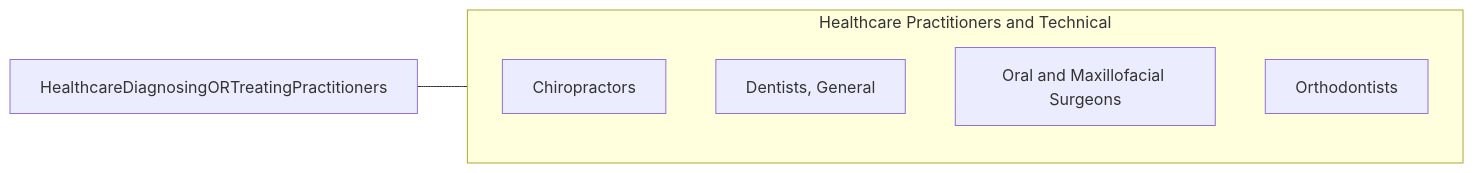
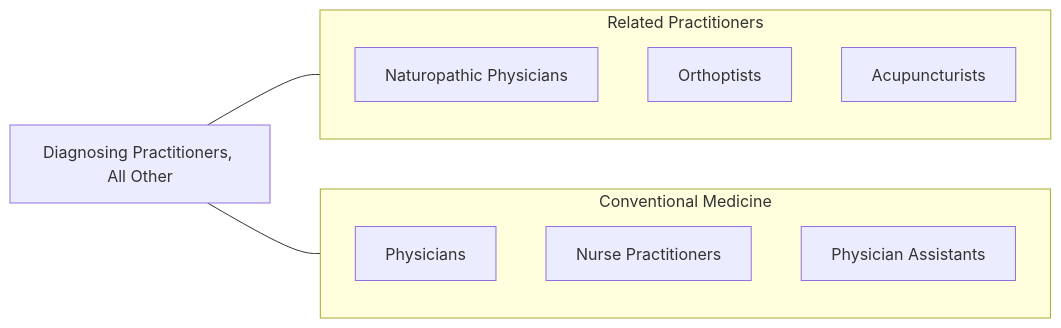
The second of 2 diagrams in occupations/HealthcarePractitioners/HealthcareDiagnosingORTreatingPractitioners.mdx (kziemski/business.org.ai), drawn with Mermaid before and after one commit. The commit also changed other lines of this file and 938 other files, not shown here.

````diff
--- a/occupations/HealthcarePractitioners/HealthcareDiagnosingORTreatingPractitioners.mdx
+++ b/occupations/HealthcarePractitioners/HealthcareDiagnosingORTreatingPractitioners.mdx
@@ -160,13 +53,19 @@
 ```mermaid
 graph LR
-    Current["HealthcareDiagnosingORTreatingPractitioners"]
+    Current["Diagnosing Practitioners, All Other"]
 
-    subgraph SameCategory["Healthcare Practitioners and Technical"]
-        Chiropractors["Chiropractors"]
-        DentistsGeneral["Dentists, General"]
-        OralAndMaxillofacial["Oral and Maxillofacial Surgeons"]
-        Orthodontists["Orthodontists"]
+    subgraph Practitioners["Related Practitioners"]
+        NDs["Naturopathic Physicians"]
+        Orthoptists["Orthoptists"]
+        Acupuncturists["Acupuncturists"]
     end
 
-    Current --- SameCategory
+    subgraph Conventional["Conventional Medicine"]
+        Physicians["Physicians"]
+        NPs["Nurse Practitioners"]
+        PAs["Physician Assistants"]
+    end
+
+    Current --- Practitioners
+    Current --- Conventional
 ```
````
